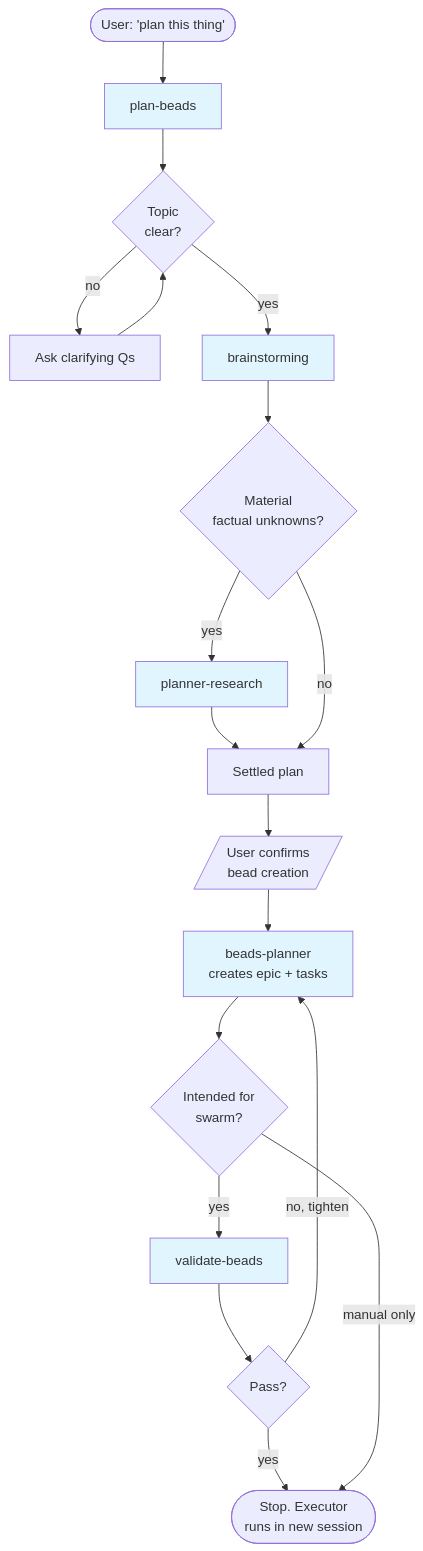
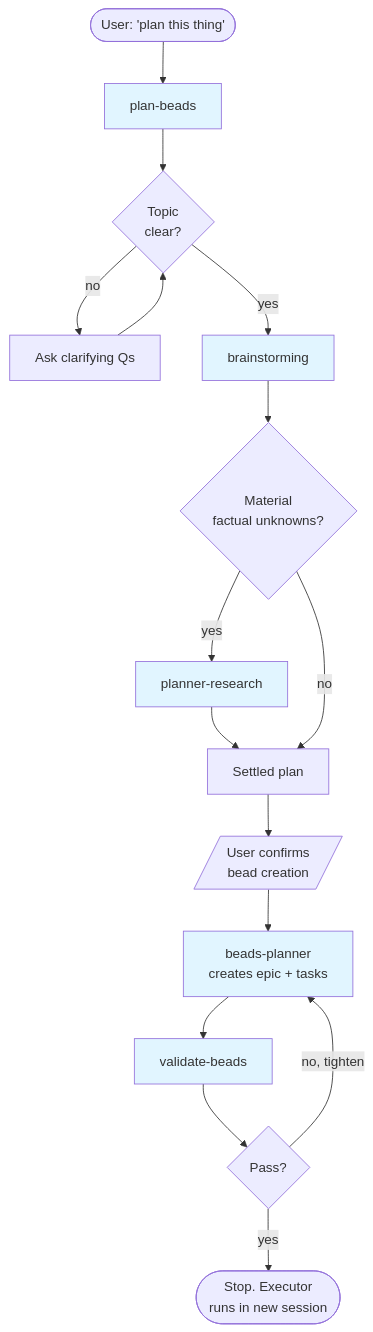
One commit to jsiovn/workflow-template changed the second of 5 diagrams in docs/SKILLS_RELATIONSHIPS.md. Above: the diagram before and after it, drawn with Mermaid. The commit also changed other lines of this file and 68 other files, not shown here.

````diff
--- a/docs/SKILLS_RELATIONSHIPS.md
+++ b/docs/SKILLS_RELATIONSHIPS.md
@@ -108,26 +90,24 @@
 ```mermaid
 flowchart TD
     START([User: 'plan this thing']) --> PB[plan-beads]
     PB --> Q1{Topic<br/>clear?}
     Q1 -->|no| ASK[Ask clarifying Qs]
     ASK --> Q1
     Q1 -->|yes| BS[brainstorming]
     BS --> Q2{Material<br/>factual unknowns?}
     Q2 -->|yes| PR[planner-research]
     PR --> SETTLE
     Q2 -->|no| SETTLE[Settled plan]
     SETTLE --> CONFIRM[/User confirms<br/>bead creation/]
     CONFIRM --> BP[beads-planner<br/>creates epic + tasks]
-    BP --> Q3{Intended for<br/>swarm?}
-    Q3 -->|yes| VB["validate-beads"]
+    BP --> VB["validate-beads"]
     VB --> Q4{Pass?}
     Q4 -->|no, tighten| BP
     Q4 -->|yes| DONE([Stop. Executor<br/>runs in new session])
-    Q3 -->|manual only| DONE
 
     style PB fill:#e1f5ff
     style BS fill:#e1f5ff
     style PR fill:#e1f5ff
     style BP fill:#e1f5ff
     style VB fill:#e1f5ff
 ```
````
